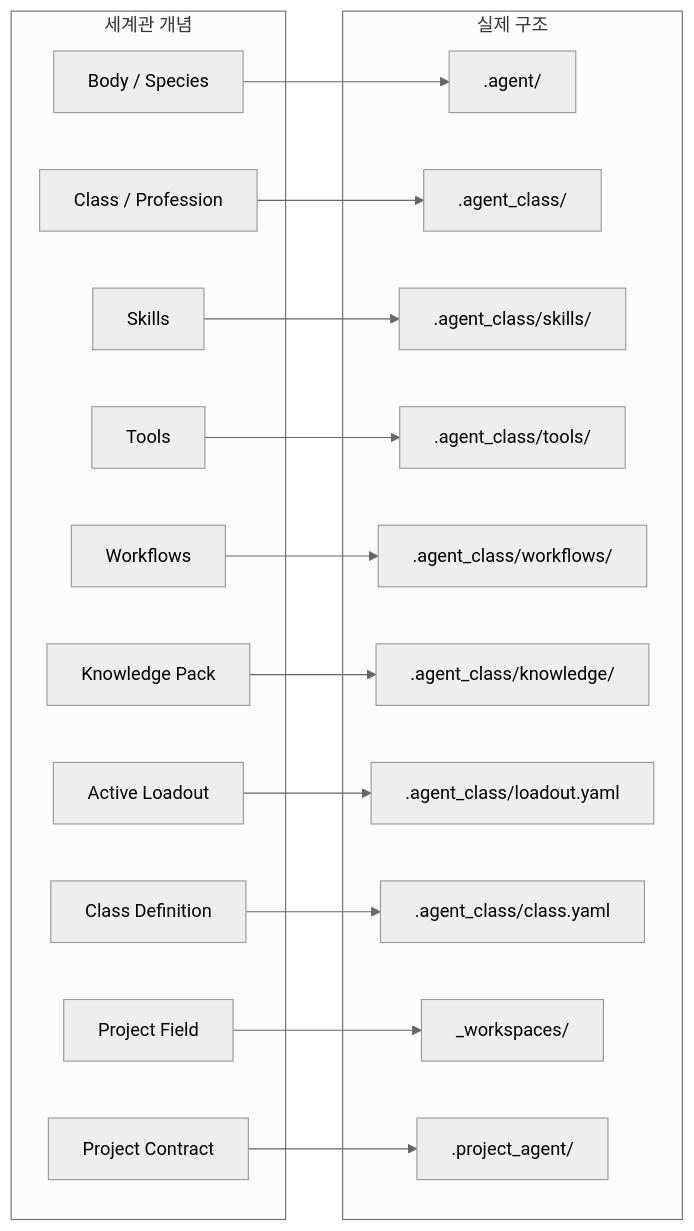
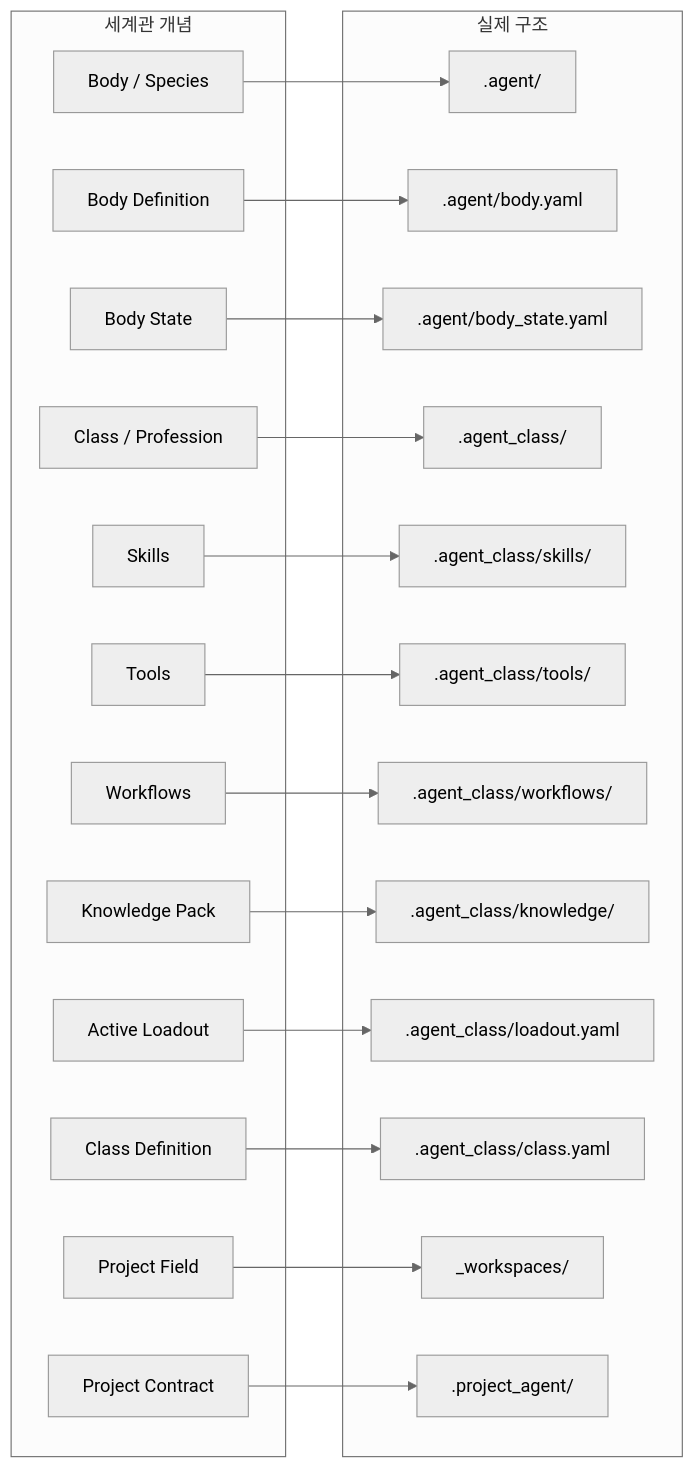
One commit to SungYongMOON/soulforge changed the diagram in docs/architecture/AGENT_WORLD_MODEL.md. Above: the diagram before and after it, drawn with Mermaid (neutral theme). The commit also changed other lines of this file and 17 other files, not shown here.

````diff
--- a/docs/architecture/AGENT_WORLD_MODEL.md
+++ b/docs/architecture/AGENT_WORLD_MODEL.md
@@ -12,39 +12,45 @@
 ```mermaid
 flowchart LR
   subgraph M["세계관 개념"]
     M1["Body / Species"]
-    M2["Class / Profession"]
-    M3["Skills"]
-    M4["Tools"]
-    M5["Workflows"]
-    M6["Knowledge Pack"]
-    M7["Active Loadout"]
-    M8["Class Definition"]
-    M9["Project Field"]
-    M10["Project Contract"]
+    M2["Body Definition"]
+    M3["Body State"]
+    M4["Class / Profession"]
+    M5["Skills"]
+    M6["Tools"]
+    M7["Workflows"]
+    M8["Knowledge Pack"]
+    M9["Active Loadout"]
+    M10["Class Definition"]
+    M11["Project Field"]
+    M12["Project Contract"]
   end
 
   subgraph R["실제 구조"]
     R1[".agent/"]
-    R2[".agent_class/"]
-    R3[".agent_class/skills/"]
-    R4[".agent_class/tools/"]
-    R5[".agent_class/workflows/"]
-    R6[".agent_class/knowledge/"]
-    R7[".agent_class/loadout.yaml"]
-    R8[".agent_class/class.yaml"]
-    R9["_workspaces/"]
-    R10[".project_agent/"]
+    R2[".agent/body.yaml"]
+    R3[".agent/body_state.yaml"]
+    R4[".agent_class/"]
+    R5[".agent_class/skills/"]
+    R6[".agent_class/tools/"]
+    R7[".agent_class/workflows/"]
+    R8[".agent_class/knowledge/"]
+    R9[".agent_class/loadout.yaml"]
+    R10[".agent_class/class.yaml"]
+    R11["_workspaces/"]
+    R12[".project_agent/"]
   end
 
   M1 --> R1
   M2 --> R2
   M3 --> R3
   M4 --> R4
   M5 --> R5
   M6 --> R6
   M7 --> R7
   M8 --> R8
   M9 --> R9
   M10 --> R10
+  M11 --> R11
+  M12 --> R12
 ```
````
